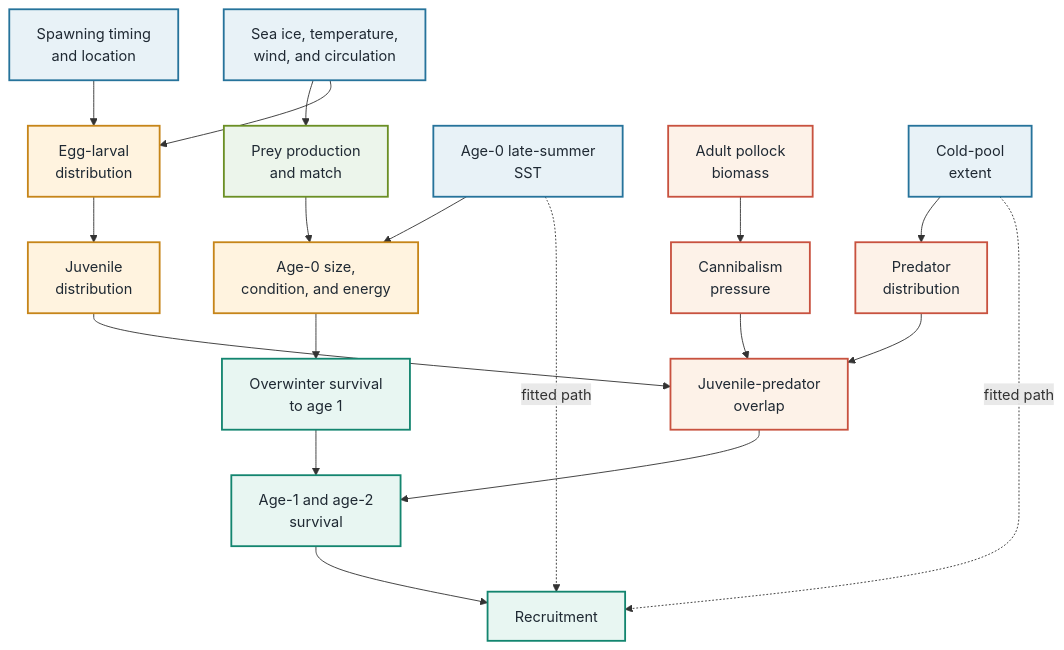
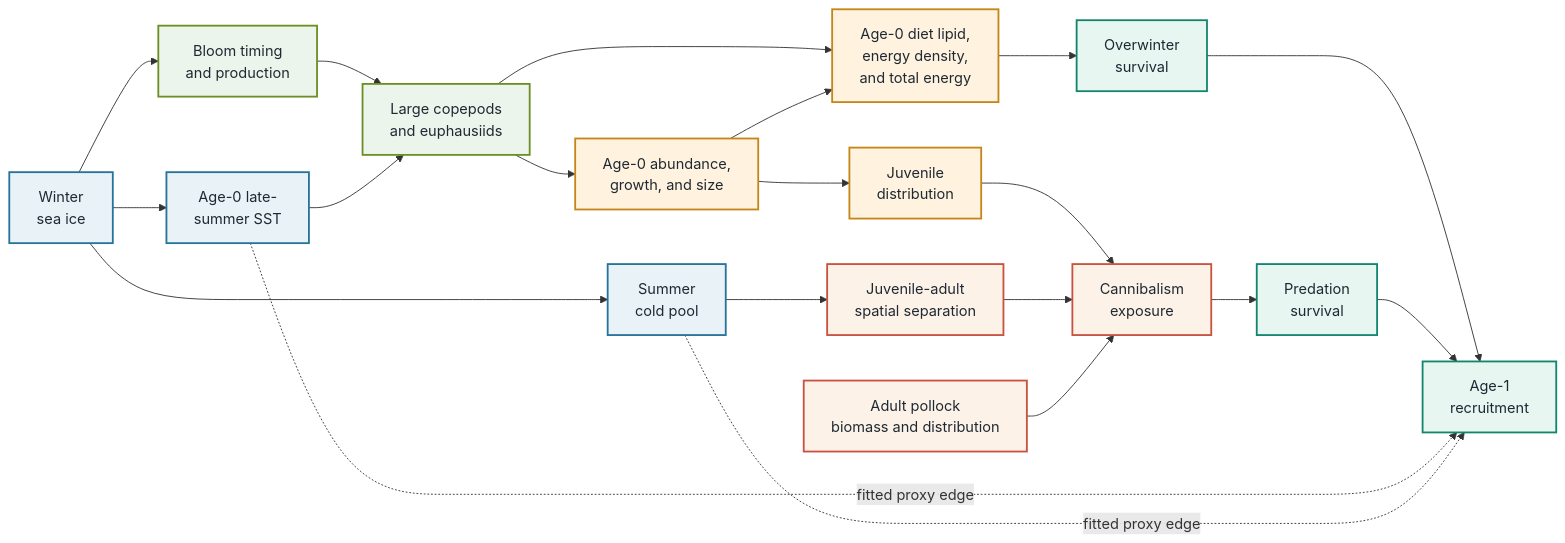
Before and after one commit to jimianelli/rtmb_ebswp: the diagram in docs/ebswp.qmd, drawn with Mermaid. The commit also changed other lines of this file and 4 other files, not shown here.

Commit message:
Reframe DSEM as draft pollock ESP pilot

````diff
--- a/docs/ebswp.qmd
+++ b/docs/ebswp.qmd
@@ -1950,39 +1885,42 @@
 ```{mermaid}
 %%| label: fig-dsem-dag
-%%| fig-cap: "Compact conceptual directed acyclic graph for eastern Bering Sea pollock early survival. Solid arrows summarize broader mechanisms that motivate future covariates. Dashed arrows identify the two direct environmental effects estimated in the current DSEM proof of concept: age-0 late-summer SST and age-1-year cold-pool extent on age-1 recruitment."
-%%| fig-alt: "A compact directed graph links spawning timing and location plus physical transport to egg-larval distribution; physical conditions to prey production, juvenile condition, and overwinter survival; and adult pollock biomass and cold-pool extent to predator overlap and juvenile survival. Solid arrows show conceptual mechanisms. Dashed arrows from late-summer sea surface temperature and cold-pool extent to age-1 recruitment show the two environmental effects fitted in the proof of concept."
-%%| fig-width: 7.5
+%%| fig-cap: "Generic directed acyclic graph for eastern Bering Sea pollock survival from age 0 to age 1. Solid arrows summarize hypothesized mechanisms. Dashed arrows are the two direct proxy paths fitted in the illustrative Rceattle-DSEM comparison."
+%%| fig-alt: "Sea ice influences cold-pool extent, summer temperature, bloom conditions, and prey. Prey and juvenile abundance influence age-0 energy, which affects overwinter survival. Cold-pool extent, juvenile distribution, and adult pollock affect cannibalism exposure. Overwinter survival and predation survival lead to age-1 recruitment. Dashed arrows connect late-summer SST and cold-pool extent directly to recruitment for the two illustrative fitted hypotheses."
+%%| fig-width: 6.3
 %%| fig-pos: H
-flowchart TB
-  SPAWN["Spawning timing<br/>and location"] --> COHORT["Egg-larval<br/>distribution"]
-  PHYS["Sea ice, temperature,<br/>wind, and circulation"] --> PREY["Prey production<br/>and match"]
-  PHYS --> COHORT
-  SST["Age-0 late-summer<br/>SST"] --> CONDITION
-  PREY --> CONDITION["Age-0 size,<br/>condition, and energy"]
-  CONDITION --> WINTER["Overwinter survival<br/>to age 1"]
-  COHORT --> JUV["Juvenile<br/>distribution"]
+flowchart LR
+  ICE["Winter<br/>sea ice"] --> COLD["Summer<br/>cold pool"]
+  ICE --> BLOOM["Bloom timing<br/>and production"]
+  ICE --> SST["Age-0 late-<br/>summer SST"]
 
-  ADULT["Adult pollock<br/>biomass"] --> CANN["Cannibalism<br/>pressure"]
-  COLD["Cold-pool<br/>extent"] --> PREDIST["Predator<br/>distribution"]
-  JUV --> OVERLAP["Juvenile-predator<br/>overlap"]
-  CANN --> OVERLAP
-  PREDIST --> OVERLAP
+  BLOOM --> PREY["Large copepods<br/>and euphausiids"]
+  SST --> PREY
+  PREY --> A0["Age-0 abundance,<br/>growth, and size"]
+  PREY --> ENERGY["Age-0 diet lipid,<br/>energy density,<br/>and total energy"]
+  A0 --> ENERGY
+  ENERGY --> WINTER["Overwinter<br/>survival"]
 
-  WINTER --> SURV["Age-1 and age-2<br/>survival"]
-  OVERLAP --> SURV
-  SURV --> RECRUIT["Recruitment"]
+  COLD --> SEP["Juvenile-adult<br/>spatial separation"]
+  A0 --> JLOC["Juvenile<br/>distribution"]
+  JLOC --> OVER["Cannibalism<br/>exposure"]
+  SEP --> OVER
+  ADULT["Adult pollock<br/>biomass and distribution"] --> OVER
+  OVER --> PSURV["Predation<br/>survival"]
 
-  SST -. "fitted path" .-> RECRUIT
-  COLD -. "fitted path" .-> RECRUIT
+  WINTER --> REC["Age-1<br/>recruitment"]
+  PSURV --> REC
+
+  SST -. "fitted proxy edge" .-> REC
+  COLD -. "fitted proxy edge" .-> REC
 
   classDef physical fill:#e8f2f7,stroke:#26739b,stroke-width:2px,color:#1f2933;
   classDef prey fill:#ecf5eb,stroke:#6b8f24,stroke-width:2px,color:#1f2933;
-  classDef early fill:#fff3df,stroke:#c68519,stroke-width:2px,color:#1f2933;
+  classDef juvenile fill:#fff3df,stroke:#c68519,stroke-width:2px,color:#1f2933;
   classDef predator fill:#fdf2e8,stroke:#c8523f,stroke-width:2px,color:#1f2933;
   classDef survival fill:#e8f6f2,stroke:#13856f,stroke-width:2px,color:#1f2933;
-  class SPAWN,PHYS,COLD,SST physical;
-  class PREY prey;
-  class COHORT,CONDITION,JUV early;
-  class ADULT,CANN,PREDIST,OVERLAP predator;
-  class WINTER,SURV,RECRUIT survival;
+  class ICE,COLD,SST physical;
+  class BLOOM,PREY prey;
+  class A0,ENERGY,JLOC juvenile;
+  class SEP,ADULT,OVER predator;
+  class WINTER,PSURV,REC survival;
 ```
````
